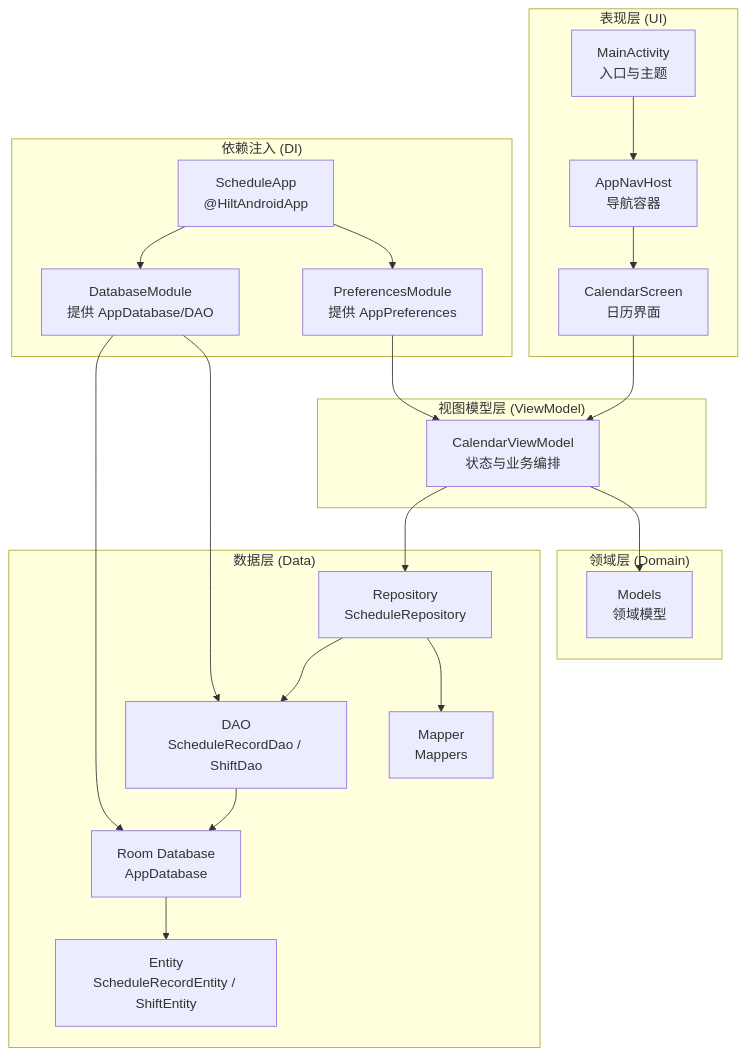
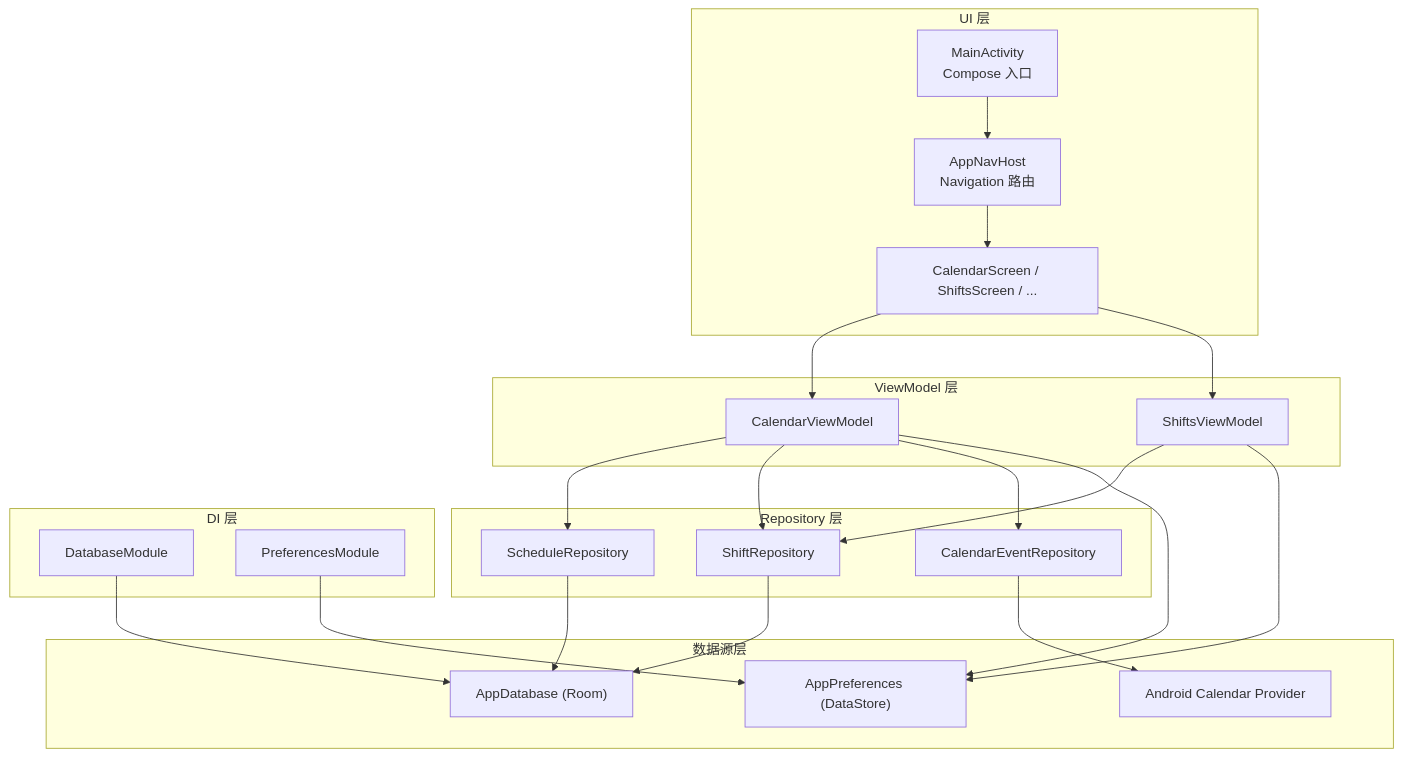
The first of 9 diagrams in .qoder/repowiki/zh/content/架构设计/架构设计.md (xiaobai860/paibanrili), drawn with Mermaid before and after one commit. The commit also changed other lines of this file and 245 other files, not shown here.

````diff
--- a/.qoder/repowiki/zh/content/架构设计/架构设计.md
+++ b/.qoder/repowiki/zh/content/架构设计/架构设计.md
@@ -54,39 +46,40 @@
 ```mermaid
 graph TB
-subgraph "表现层 (UI)"
-A["MainActivity<br/>入口与主题"]
-B["AppNavHost<br/>导航容器"]
-C["CalendarScreen<br/>日历界面"]
+subgraph "UI 层"
+A["MainActivity<br/>Compose 入口"]
+B["AppNavHost<br/>Navigation 路由"]
+C["CalendarScreen / ShiftsScreen / ..."]
 end
-subgraph "视图模型层 (ViewModel)"
-D["CalendarViewModel<br/>状态与业务编排"]
+subgraph "ViewModel 层"
+D["CalendarViewModel"]
+E["ShiftsViewModel"]
 end
-subgraph "数据层 (Data)"
-E["Repository<br/>ScheduleRepository"]
-F["DAO<br/>ScheduleRecordDao / ShiftDao"]
-G["Room Database<br/>AppDatabase"]
-H["Entity<br/>ScheduleRecordEntity / ShiftEntity"]
-I["Mapper<br/>Mappers"]
+subgraph "Repository 层"
+F["ScheduleRepository"]
+G["ShiftRepository"]
+H["CalendarEventRepository"]
 end
-subgraph "领域层 (Domain)"
-J["Models<br/>领域模型"]
+subgraph "数据源层"
+I["AppDatabase (Room)"]
+J["AppPreferences (DataStore)"]
+K["Android Calendar Provider"]
 end
-subgraph "依赖注入 (DI)"
-K["DatabaseModule<br/>提供 AppDatabase/DAO"]
-L["PreferencesModule<br/>提供 AppPreferences"]
-M["ScheduleApp<br/>@HiltAndroidApp"]
+subgraph "DI 层"
+L["DatabaseModule"]
+M["PreferencesModule"]
 end
 A --> B --> C
 C --> D
-D --> E
-E --> F
-F --> G
-G --> H
-E --> I
+C --> E
+D --> F
+D --> G
+D --> H
+E --> G
+F --> I
+G --> I
+H --> K
 D --> J
-K --> G
-K --> F
-L --> D
-M --> K
-M --> L
+E --> J
+L --> I
+M --> J
 ```
````
